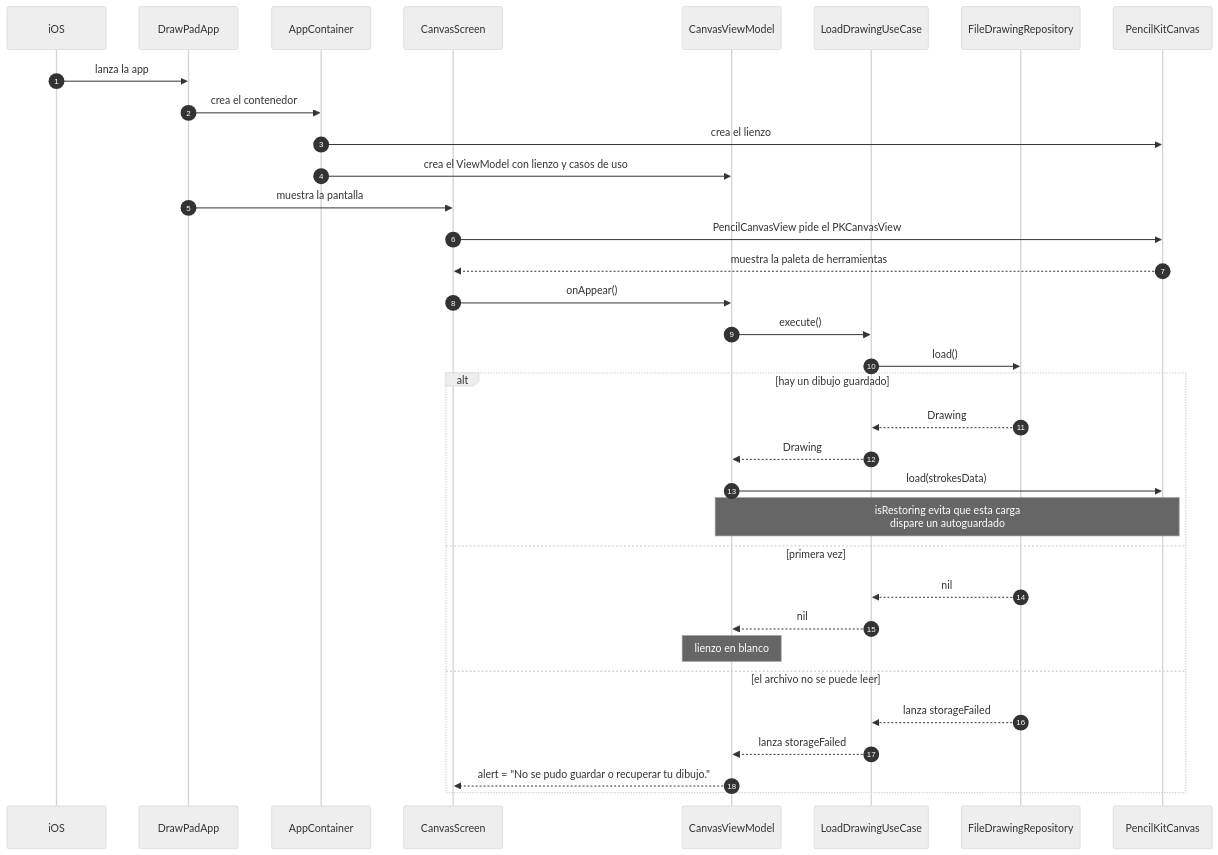
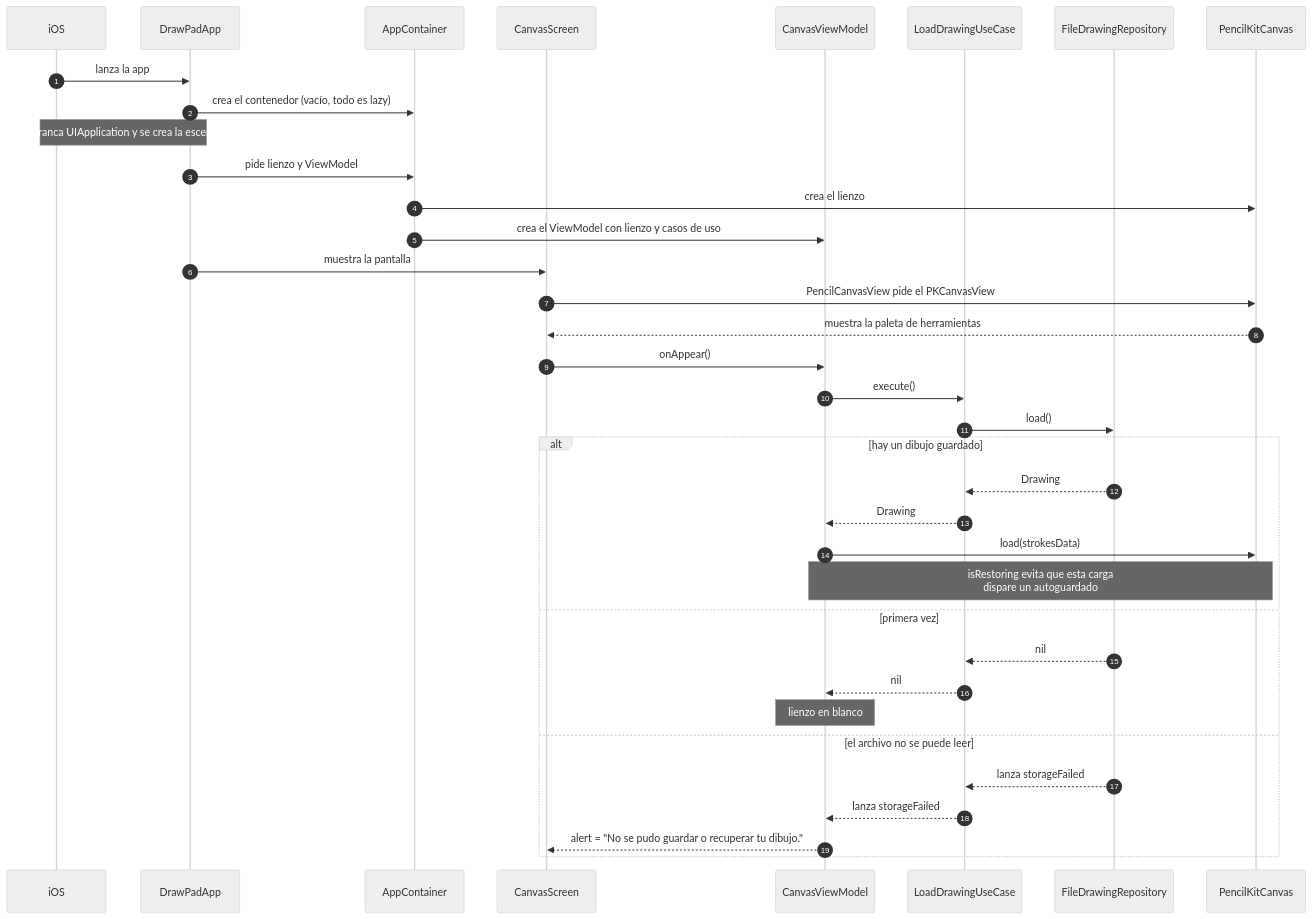
One commit to jhonjairo6230/DrawPad changed the third of 6 diagrams in docs/arquitectura.md. Above: the diagram before and after it, drawn with Mermaid (neutral theme). The commit also changed other lines of this file and 3 other files, not shown here.

First line of the commit message:
Corregir cierre de la app al tocar el lienzo con el dedo

````diff
--- a/docs/arquitectura.md
+++ b/docs/arquitectura.md
@@ -192,37 +195,39 @@
 ```mermaid
 sequenceDiagram
     autonumber
     participant iOS
     participant App as DrawPadApp
     participant C as AppContainer
     participant V as CanvasScreen
     participant VM as CanvasViewModel
     participant UC as LoadDrawingUseCase
     participant R as FileDrawingRepository
     participant K as PencilKitCanvas
 
     iOS->>App: lanza la app
-    App->>C: crea el contenedor
+    App->>C: crea el contenedor (vacío, todo es lazy)
+    Note over iOS,App: arranca UIApplication y se crea la escena
+    App->>C: pide lienzo y ViewModel
     C->>K: crea el lienzo
     C->>VM: crea el ViewModel con lienzo y casos de uso
     App->>V: muestra la pantalla
     V->>K: PencilCanvasView pide el PKCanvasView
     K-->>V: muestra la paleta de herramientas
     V->>VM: onAppear()
     VM->>UC: execute()
     UC->>R: load()
     alt hay un dibujo guardado
         R-->>UC: Drawing
         UC-->>VM: Drawing
         VM->>K: load(strokesData)
         Note over VM,K: isRestoring evita que esta carga<br/>dispare un autoguardado
     else primera vez
         R-->>UC: nil
         UC-->>VM: nil
         Note over VM: lienzo en blanco
     else el archivo no se puede leer
         R-->>UC: lanza storageFailed
         UC-->>VM: lanza storageFailed
         VM-->>V: alert = "No se pudo guardar o recuperar tu dibujo."
     end
 ```
````
